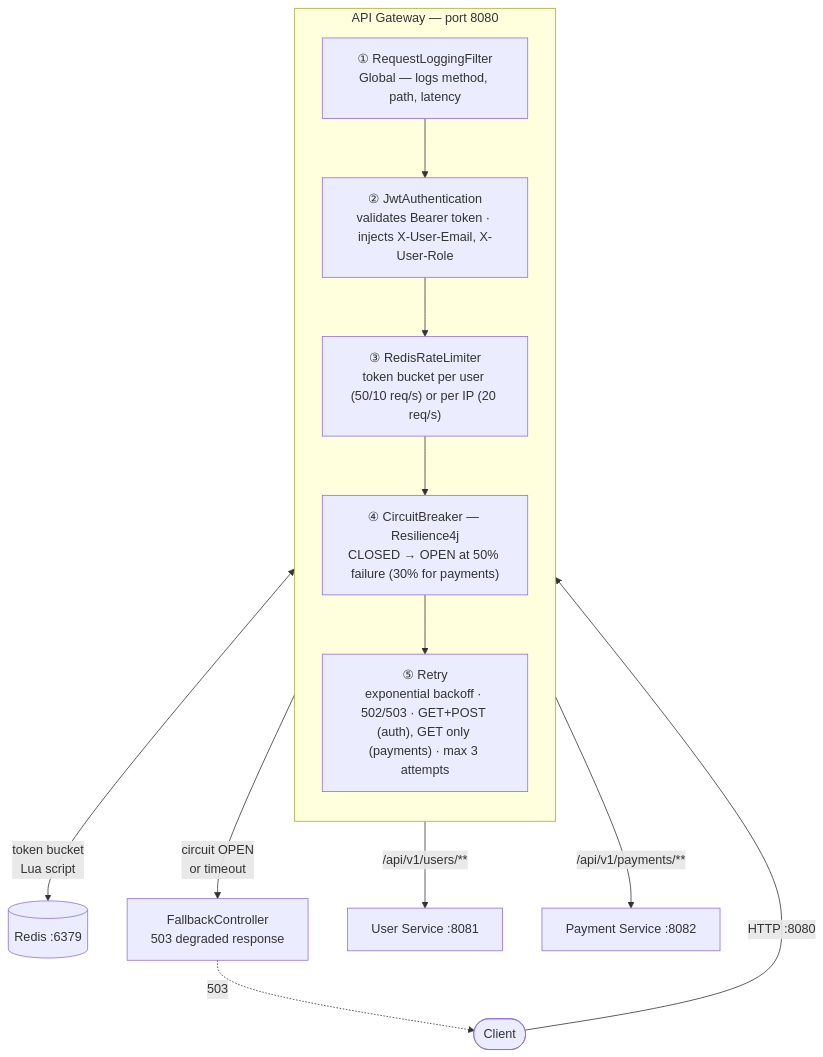
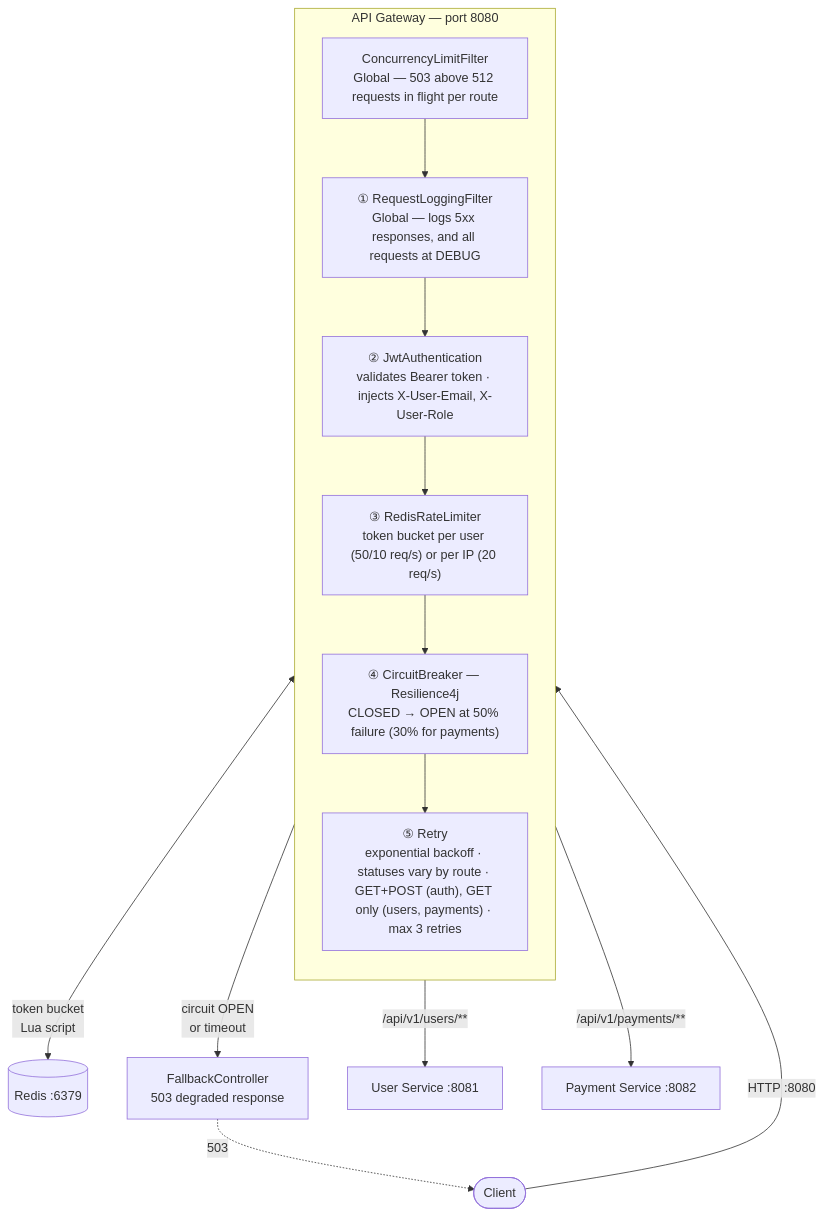
One commit to M-Touiti/api-gateway-resilience-demo changed the first of 2 diagrams in README.md. Above: the diagram before and after it, drawn with Mermaid. The commit also changed other lines of this file, not shown here.

````diff
--- a/README.md
+++ b/README.md
@@ -16,21 +16,22 @@
 ```mermaid
 graph TD
     Client(["Client"])
 
     subgraph gw["API Gateway — port 8080"]
         direction TB
-        F1["① RequestLoggingFilter<br/>Global — logs method, path, latency"]
+        F0["ConcurrencyLimitFilter<br/>Global — 503 above 512 requests in flight per route"]
+        F1["① RequestLoggingFilter<br/>Global — logs 5xx responses, and all requests at DEBUG"]
         F2["② JwtAuthentication<br/>validates Bearer token · injects X-User-Email, X-User-Role"]
         F3["③ RedisRateLimiter<br/>token bucket per user (50/10 req/s) or per IP (20 req/s)"]
         F4["④ CircuitBreaker — Resilience4j<br/>CLOSED → OPEN at 50% failure (30% for payments)"]
-        F5["⑤ Retry<br/>exponential backoff · 502/503 · GET+POST (auth), GET only (payments) · max 3 attempts"]
-        F1 --> F2 --> F3 --> F4 --> F5
+        F5["⑤ Retry<br/>exponential backoff · statuses vary by route · GET+POST (auth), GET only (users, payments) · max 3 retries"]
+        F0 --> F1 --> F2 --> F3 --> F4 --> F5
     end
 
-    Client -->|"HTTP :8080"| F1
+    Client -->|"HTTP :8080"| F0
     F3 <-->|"token bucket<br/>Lua script"| R[("Redis :6379")]
     F4 -->|"circuit OPEN<br/>or timeout"| FB["FallbackController<br/>503 degraded response"]
     F5 -->|"/api/v1/users/**"| US["User Service :8081"]
     F5 -->|"/api/v1/payments/**"| PS["Payment Service :8082"]
     FB -.->|503| Client
 ```
````
